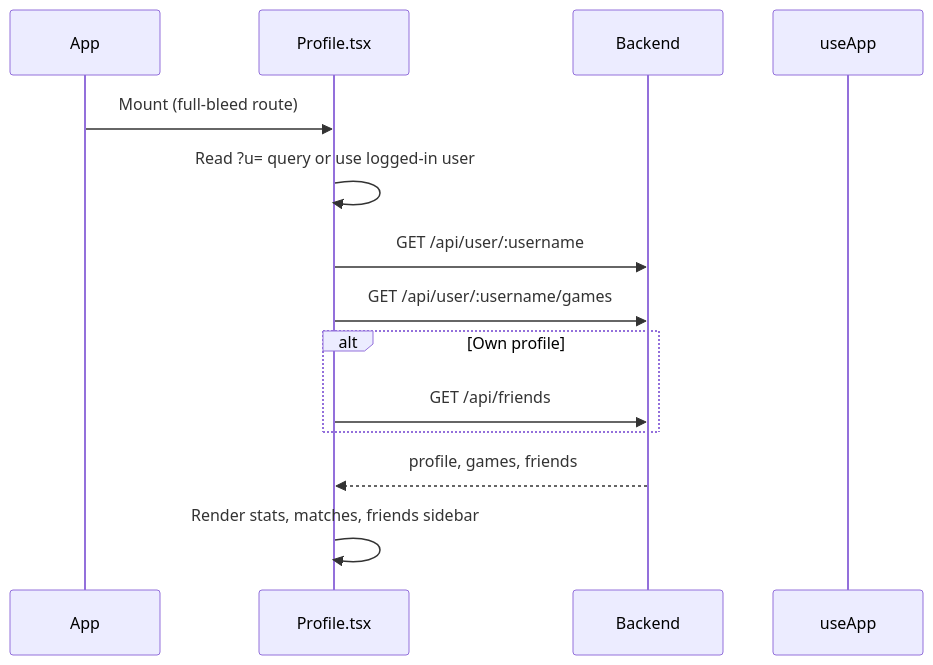
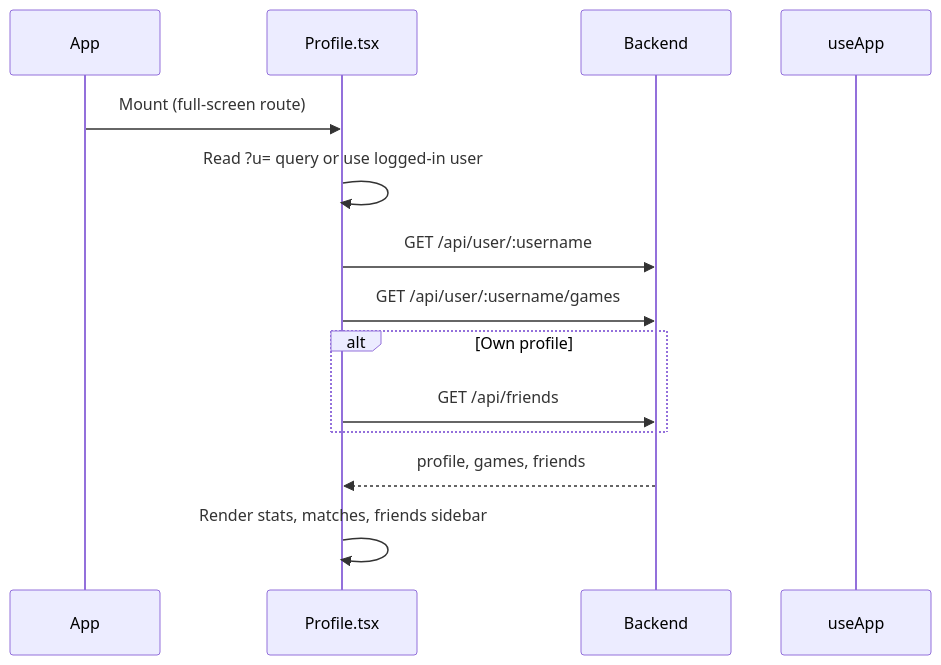
One commit to J00ZzZ/ft_transcendence changed the first of 2 diagrams in docs/frontend/frontend-profile-module.md. Above: the diagram before and after it, drawn with Mermaid. The commit also changed other lines of this file and 36 other files, not shown here.

````diff
--- a/docs/frontend/frontend-profile-module.md
+++ b/docs/frontend/frontend-profile-module.md
@@ -105,17 +105,17 @@
 ```mermaid
 sequenceDiagram
     participant App
     participant Profile as Profile.tsx
     participant API as Backend
     participant Store as useApp
 
-    App->>Profile: Mount (full-bleed route)
+    App->>Profile: Mount (full-screen route)
     Profile->>Profile: Read ?u= query or use logged-in user
     Profile->>API: GET /api/user/:username
     Profile->>API: GET /api/user/:username/games
     alt Own profile
         Profile->>API: GET /api/friends
     end
     API-->>Profile: profile, games, friends
     Profile->>Profile: Render stats, matches, friends sidebar
 ```
````
